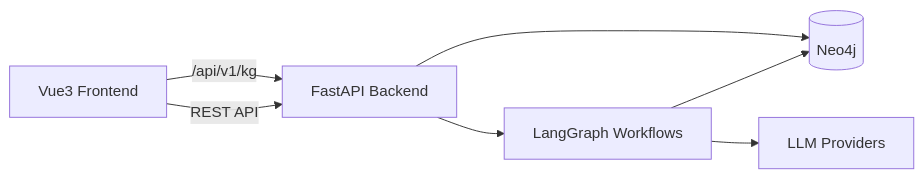
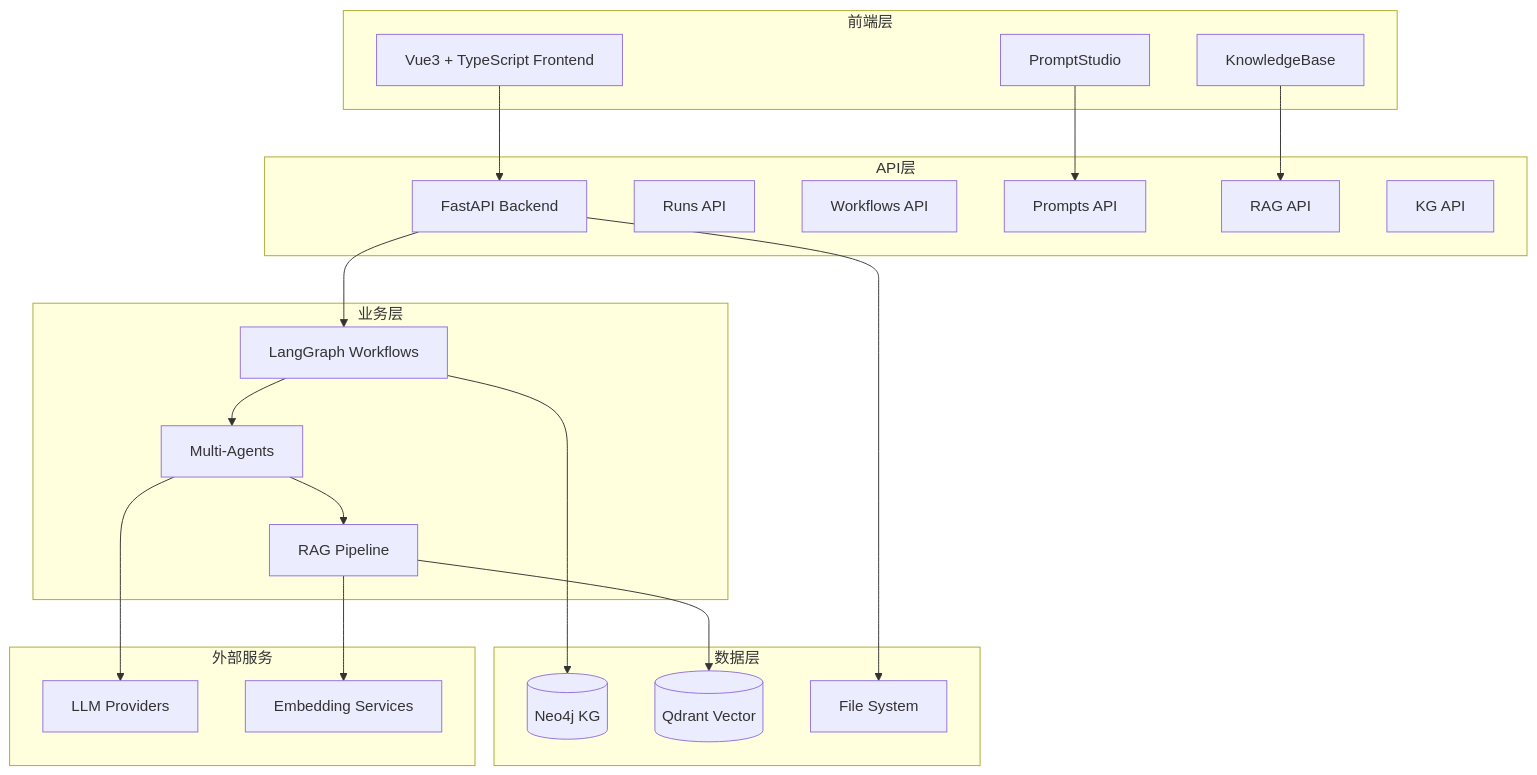
Before and after one commit to HengyuanWU/SOPilot: the first of 3 diagrams in docs/PROJECT_CURRENT_STATE.md, drawn with Mermaid. The commit also changed other lines of this file and 50 other files, not shown here.

````diff
--- a/docs/PROJECT_CURRENT_STATE.md
+++ b/docs/PROJECT_CURRENT_STATE.md
@@ -212,15 +224,46 @@
 ```mermaid
-flowchart LR
-  UI[Vue3 Frontend]
-  API[FastAPI Backend]
-  WF[LangGraph Workflows]
-  NEO[(Neo4j)]
-  LLM[LLM Providers]
+flowchart TB
+  subgraph "前端层"
+    UI[Vue3 + TypeScript Frontend]
+    PS[PromptStudio]
+    KB[KnowledgeBase]
+  end
+  
+  subgraph "API层"
+    API[FastAPI Backend]
+    RUNS[Runs API]
+    WFS[Workflows API]
+    PRMT[Prompts API]
+    RAG[RAG API]
+    KG[KG API]
+  end
+  
+  subgraph "业务层"
+    WF[LangGraph Workflows]
+    AGT[Multi-Agents]
+    RG[RAG Pipeline]
+  end
+  
+  subgraph "数据层"
+    NEO[(Neo4j KG)]
+    QDR[(Qdrant Vector)]
+    FS[File System]
+  end
+  
+  subgraph "外部服务"
+    LLM[LLM Providers]
+    EMB[Embedding Services]
+  end
 
-  UI -->|REST API| API
+  UI --> API
+  PS --> PRMT
+  KB --> RAG
   API --> WF
+  WF --> AGT
+  AGT --> RG
+  RG --> QDR
   WF --> NEO
-  WF --> LLM
-  API --> NEO
-  UI -->|/api/v1/kg| API
+  AGT --> LLM
+  RG --> EMB
+  API --> FS
 ```
````
